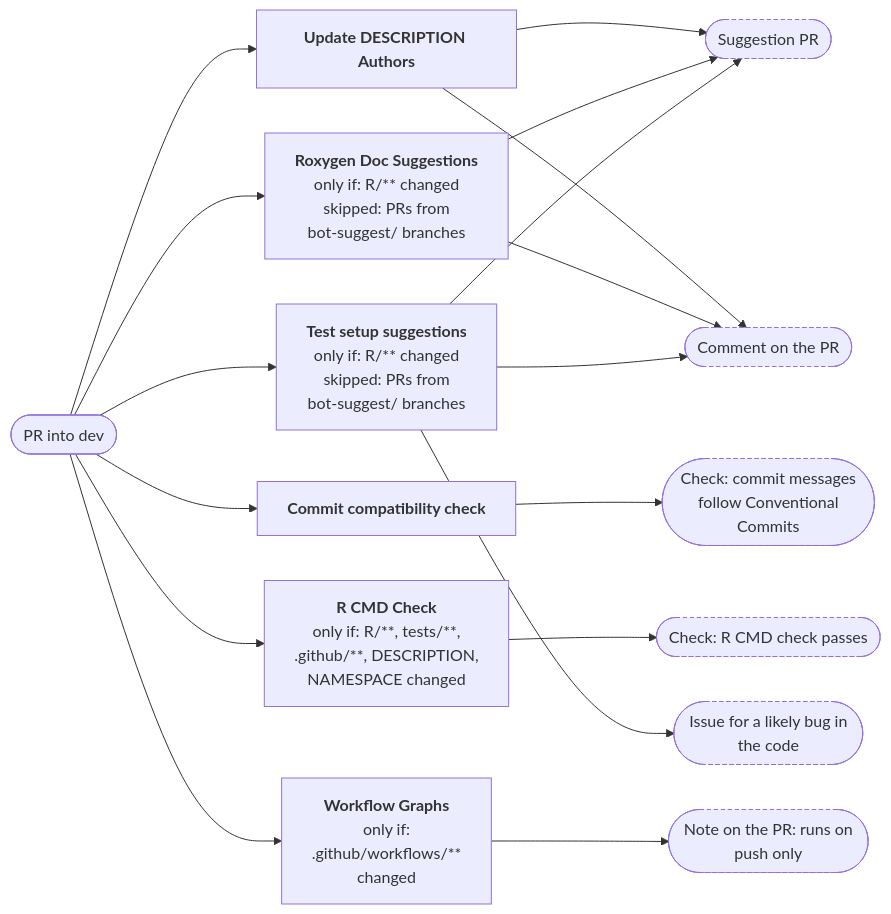
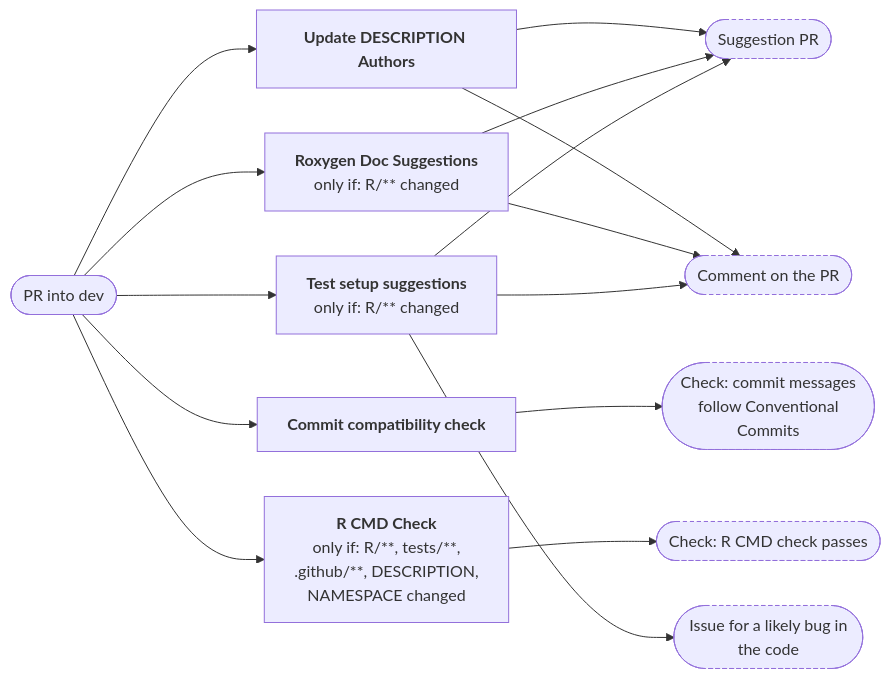
The first of 5 diagrams in .github/workflow-graphs/README.md (nfdi4health/dsSupportClient), drawn with Mermaid before and after one commit. The commit also changed other lines of this file, not shown here.

Commit message:
docs: update workflow diagrams

````diff
--- a/.github/workflow-graphs/README.md
+++ b/.github/workflow-graphs/README.md
@@ -33,34 +33,30 @@
 ```mermaid
 %%{init: {"flowchart": {"rankSpacing": 140, "nodeSpacing": 45}}}%%
 flowchart LR
   ev(["PR into dev"])
   wf_check_author_included_yml["<b>Update DESCRIPTION Authors</b>"]
   ev --> wf_check_author_included_yml
   wf_commitlint_yml["<b>Commit compatibility check</b>"]
   ev --> wf_commitlint_yml
-  wf_docs_suggest_yml["<b>Roxygen Doc Suggestions</b><br/>only if: R/#42;#42; changed<br/>skipped: PRs from<br/>bot-suggest/ branches"]
+  wf_docs_suggest_yml["<b>Roxygen Doc Suggestions</b><br/>only if: R/#42;#42; changed"]
   ev --> wf_docs_suggest_yml
   wf_R_CMD_Check_yml["<b>R CMD Check</b><br/>only if: R/#42;#42;, tests/#42;#42;,<br/>.github/#42;#42;, DESCRIPTION,<br/>NAMESPACE changed"]
   ev --> wf_R_CMD_Check_yml
-  wf_test_suggest_yml["<b>Test setup suggestions</b><br/>only if: R/#42;#42; changed<br/>skipped: PRs from<br/>bot-suggest/ branches"]
+  wf_test_suggest_yml["<b>Test setup suggestions</b><br/>only if: R/#42;#42; changed"]
   ev --> wf_test_suggest_yml
-  wf_workflow_graph_yml["<b>Workflow Graphs</b><br/>only if:<br/>.github/workflows/#42;#42;<br/>changed"]
-  ev --> wf_workflow_graph_yml
   out_1(["Suggestion PR"]):::outcome
   out_2(["Comment on the PR"]):::outcome
   out_3(["Check: commit messages<br/>follow Conventional<br/>Commits"]):::outcome
   out_4(["Check: R CMD check passes"]):::outcome
   out_5(["Issue for a likely bug in<br/>the code"]):::outcome
-  out_6(["Note on the PR: runs on<br/>push only"]):::outcome
   wf_check_author_included_yml --> out_1
   wf_check_author_included_yml --> out_2
   wf_commitlint_yml --> out_3
   wf_docs_suggest_yml --> out_1
   wf_docs_suggest_yml --> out_2
   wf_R_CMD_Check_yml --> out_4
   wf_test_suggest_yml --> out_1
   wf_test_suggest_yml --> out_2
   wf_test_suggest_yml --> out_5
-  wf_workflow_graph_yml --> out_6
   classDef outcome stroke-dasharray: 4 3
 ```
````
